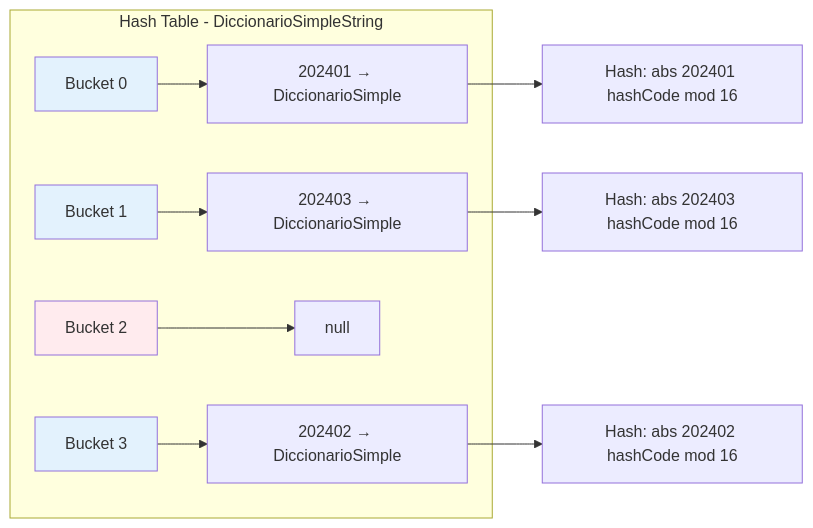
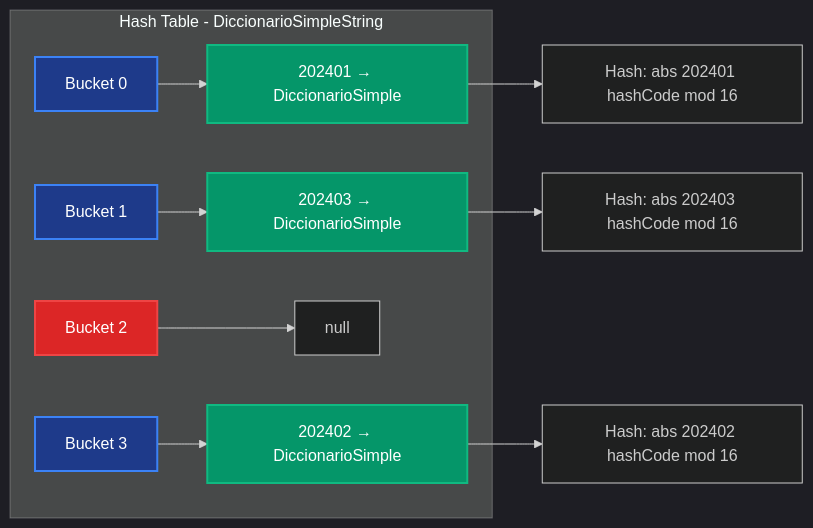
The sixth of 19 diagrams in tp-final/README_IMPLEMENTACIONES.md (pybalt/algo2), drawn with Mermaid before and after one commit. The commit also changed other lines of this file, not shown here.

Commit message:
Enhance README_IMPLEMENTACIONES.md by adding dark mode support for mermaid diagrams and improving style consistency across sections.

````diff
--- a/tp-final/README_IMPLEMENTACIONES.md
+++ b/tp-final/README_IMPLEMENTACIONES.md
@@ -132,18 +147,22 @@
 ```mermaid
+%%{init: {'theme':'dark'}}%%
 graph LR
     subgraph "Hash Table - DiccionarioSimpleString"
         A[Bucket 0] --> B[202401 → DiccionarioSimple]
         C[Bucket 1] --> D[202403 → DiccionarioSimple]
         E[Bucket 2] --> F[null]
         G[Bucket 3] --> H[202402 → DiccionarioSimple]
     end
     
     B --> I[Hash: abs 202401 hashCode mod 16]
     D --> J[Hash: abs 202403 hashCode mod 16]
     H --> K[Hash: abs 202402 hashCode mod 16]
     
-    style A fill:#e3f2fd
-    style C fill:#e3f2fd
-    style E fill:#ffebee
-    style G fill:#e3f2fd
+    style A fill:#1e3a8a,stroke:#3b82f6,stroke-width:2px,color:#fff
+    style C fill:#1e3a8a,stroke:#3b82f6,stroke-width:2px,color:#fff
+    style E fill:#dc2626,stroke:#ef4444,stroke-width:2px,color:#fff
+    style G fill:#1e3a8a,stroke:#3b82f6,stroke-width:2px,color:#fff
+    style B fill:#059669,stroke:#10b981,stroke-width:2px,color:#fff
+    style D fill:#059669,stroke:#10b981,stroke-width:2px,color:#fff
+    style H fill:#059669,stroke:#10b981,stroke-width:2px,color:#fff
 ```
````
